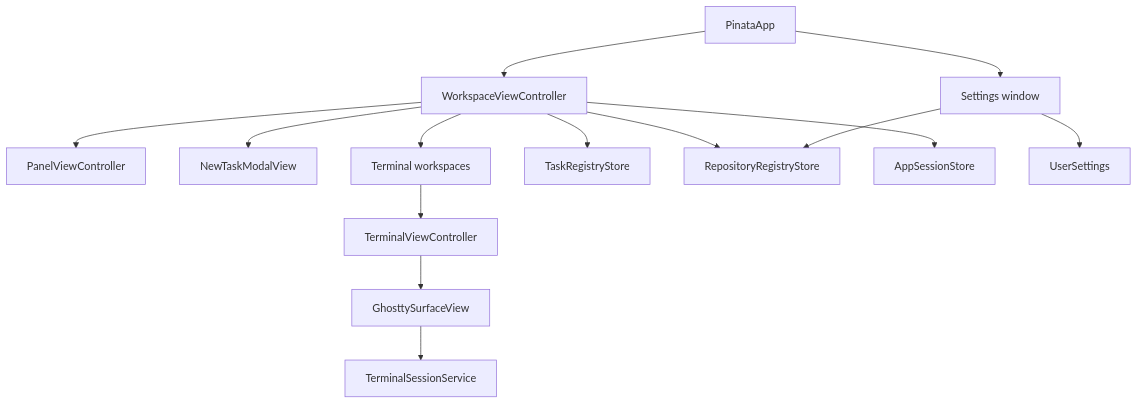
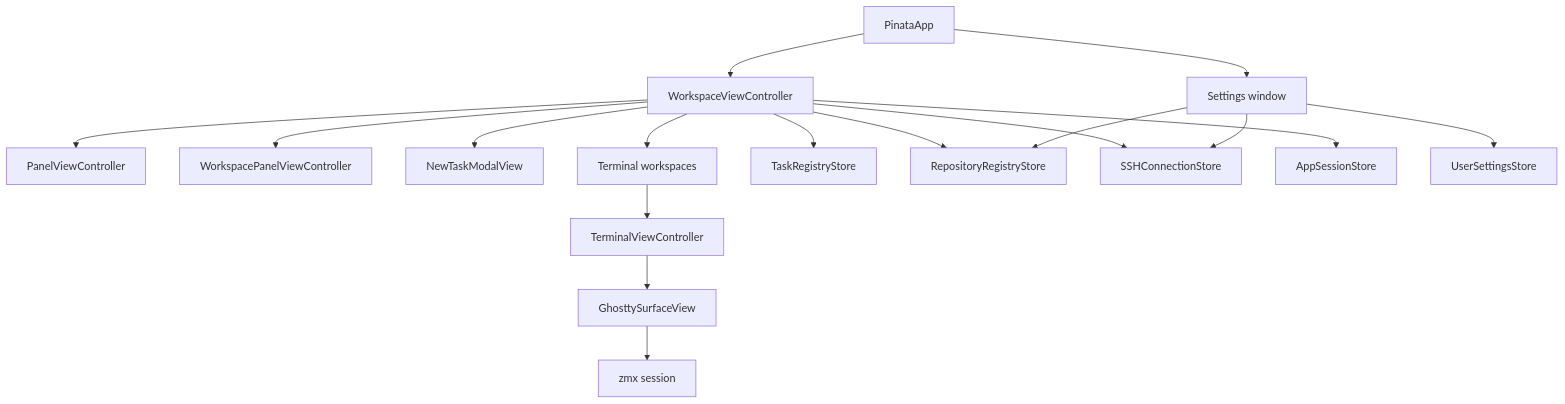
One commit to gh0stonio/pinata changed the first of 5 diagrams in docs/application-architecture.md. Above: the diagram before and after it, drawn with Mermaid. The commit also changed other lines of this file and 30 other files, not shown here.

````diff
--- a/docs/application-architecture.md
+++ b/docs/application-architecture.md
@@ -7,16 +7,19 @@
 ```mermaid
 flowchart TB
     App[PinataApp] --> Workspace[WorkspaceViewController]
     App --> Settings[Settings window]
-    Workspace --> Panel[PanelViewController]
+    Workspace --> LeftPanel[PanelViewController]
+    Workspace --> RightPanel[WorkspacePanelViewController]
     Workspace --> TaskModal[NewTaskModalView]
     Workspace --> Terminals[Terminal workspaces]
     Workspace --> TaskStore[TaskRegistryStore]
     Workspace --> RepositoryStore[RepositoryRegistryStore]
+    Workspace --> ConnectionStore[SSHConnectionStore]
     Workspace --> SessionStore[AppSessionStore]
     Terminals --> TerminalVC[TerminalViewController]
     TerminalVC --> Ghostty[GhosttySurfaceView]
-    Ghostty --> Service[TerminalSessionService]
-    Settings --> Theme[UserSettings]
+    Ghostty --> Zmx[zmx session]
+    Settings --> Theme[UserSettingsStore]
     Settings --> RepositoryStore
+    Settings --> ConnectionStore
 ```
````
